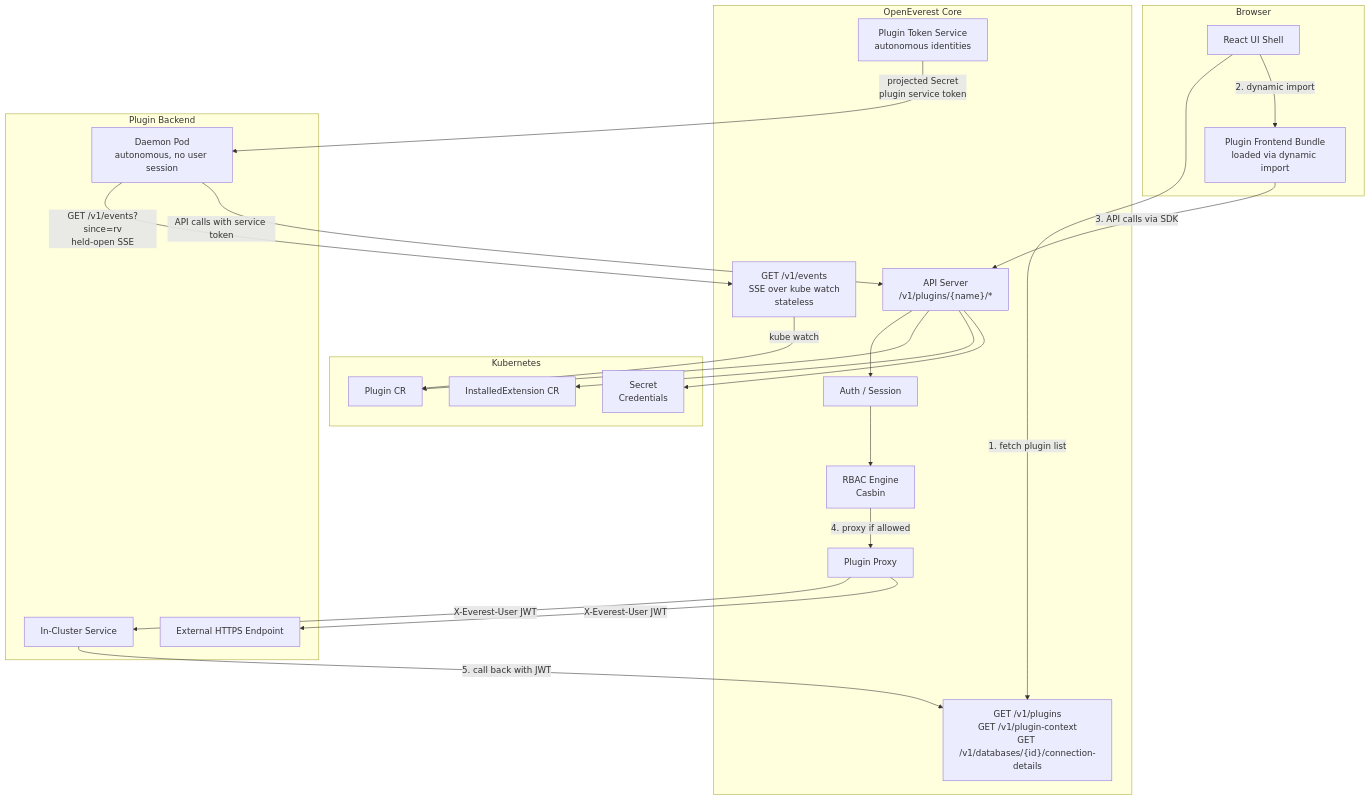
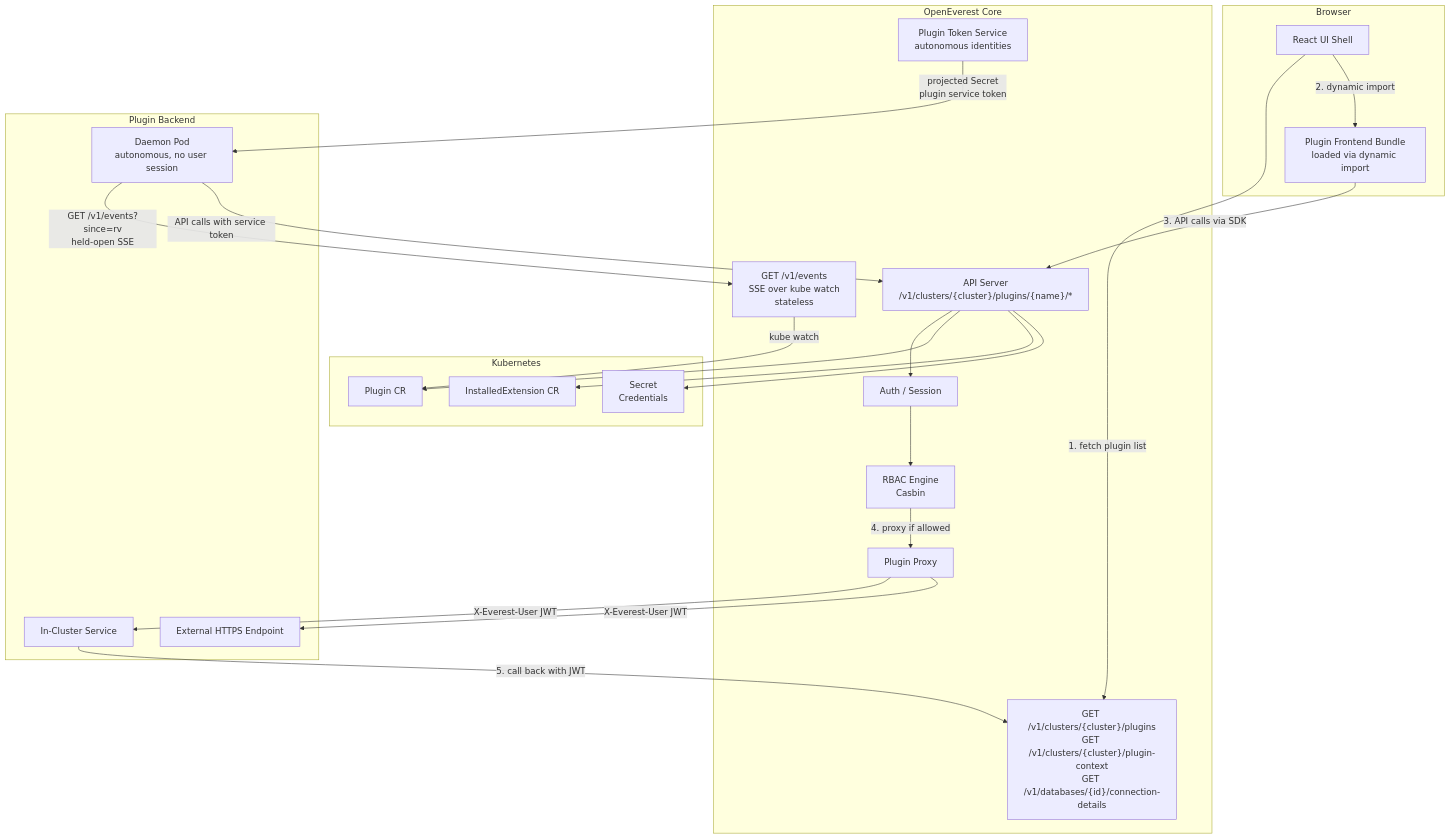
The diagram in specs/003-generic-plugins.md (openeverest/specs), drawn with Mermaid before and after one commit. The commit also changed other lines of this file, not shown here.

Commit message:
updating to match the core changes for plugins

````diff
--- a/specs/003-generic-plugins.md
+++ b/specs/003-generic-plugins.md
@@ -915,46 +925,46 @@
 ```mermaid
 graph TB
     subgraph Browser
         Shell[React UI Shell]
         Bundle[Plugin Frontend Bundle\nloaded via dynamic import]
     end
 
     subgraph OpenEverest Core
-        API["API Server\n/v1/plugins/{name}/*"]
+        API["API Server\n/v1/clusters/{cluster}/plugins/{name}/*"]
         Auth[Auth / Session]
         RBAC[RBAC Engine\nCasbin]
         Proxy[Plugin Proxy]
         EventStream[GET /v1/events\nSSE over kube watch\nstateless]
         TokenSvc[Plugin Token Service\nautonomous identities]
-        PluginAPI["GET /v1/plugins\nGET /v1/plugin-context\nGET /v1/databases/{id}/connection-details"]
+        PluginAPI["GET /v1/clusters/{cluster}/plugins\nGET /v1/clusters/{cluster}/plugin-context\nGET /v1/databases/{id}/connection-details"]
     end
 
     subgraph Kubernetes
         PluginCR[Plugin CR]
         PIcr[InstalledExtension CR]
         Secret[Secret\nCredentials]
     end
 
     subgraph Plugin Backend
         InCluster[In-Cluster Service]
         External[External HTTPS Endpoint]
         Daemon[Daemon Pod\nautonomous, no user session]
     end
 
     Shell -->|1. fetch plugin list| PluginAPI
     Shell -->|2. dynamic import| Bundle
     Bundle -->|3. API calls via SDK| API
     API --> Auth
     Auth --> RBAC
     RBAC -->|4. proxy if allowed| Proxy
     Proxy -->|X-Everest-User JWT| InCluster
     Proxy -->|X-Everest-User JWT| External
     InCluster -->|5. call back with JWT| PluginAPI
     Daemon -->|GET /v1/events?since=rv\nheld-open SSE| EventStream
     EventStream -->|kube watch| PluginCR
     TokenSvc -->|projected Secret\nplugin service token| Daemon
     Daemon -->|API calls with service token| API
     API --> PluginCR
     API --> PIcr
     API --> Secret
 ```
````
